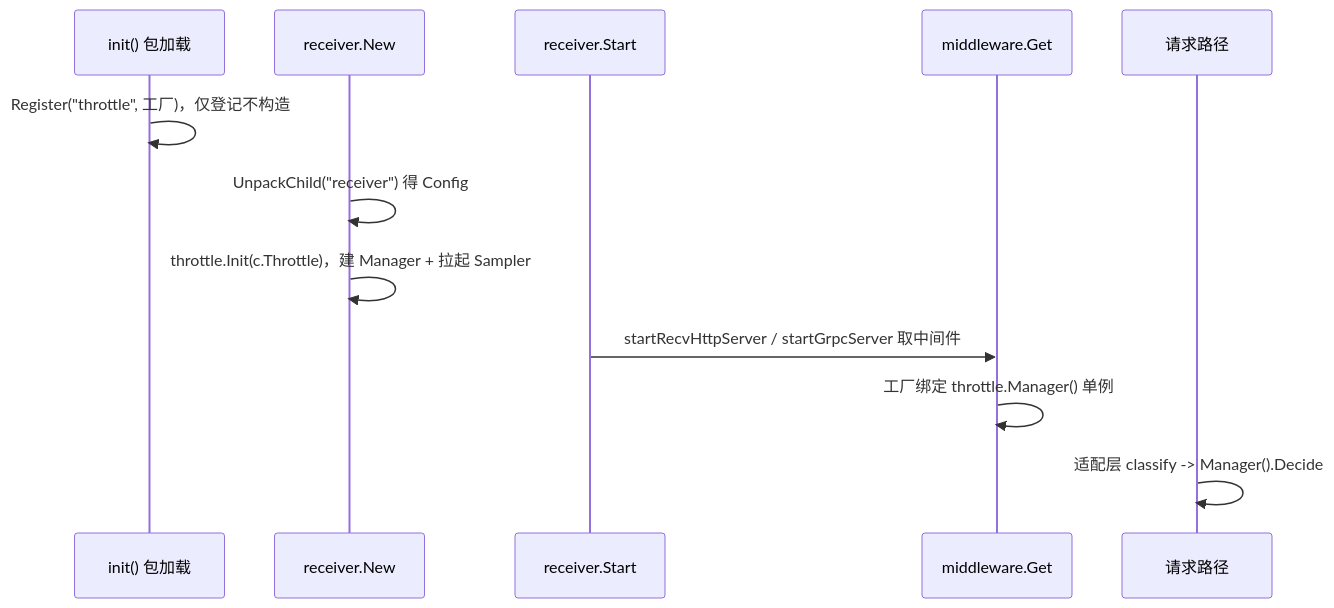
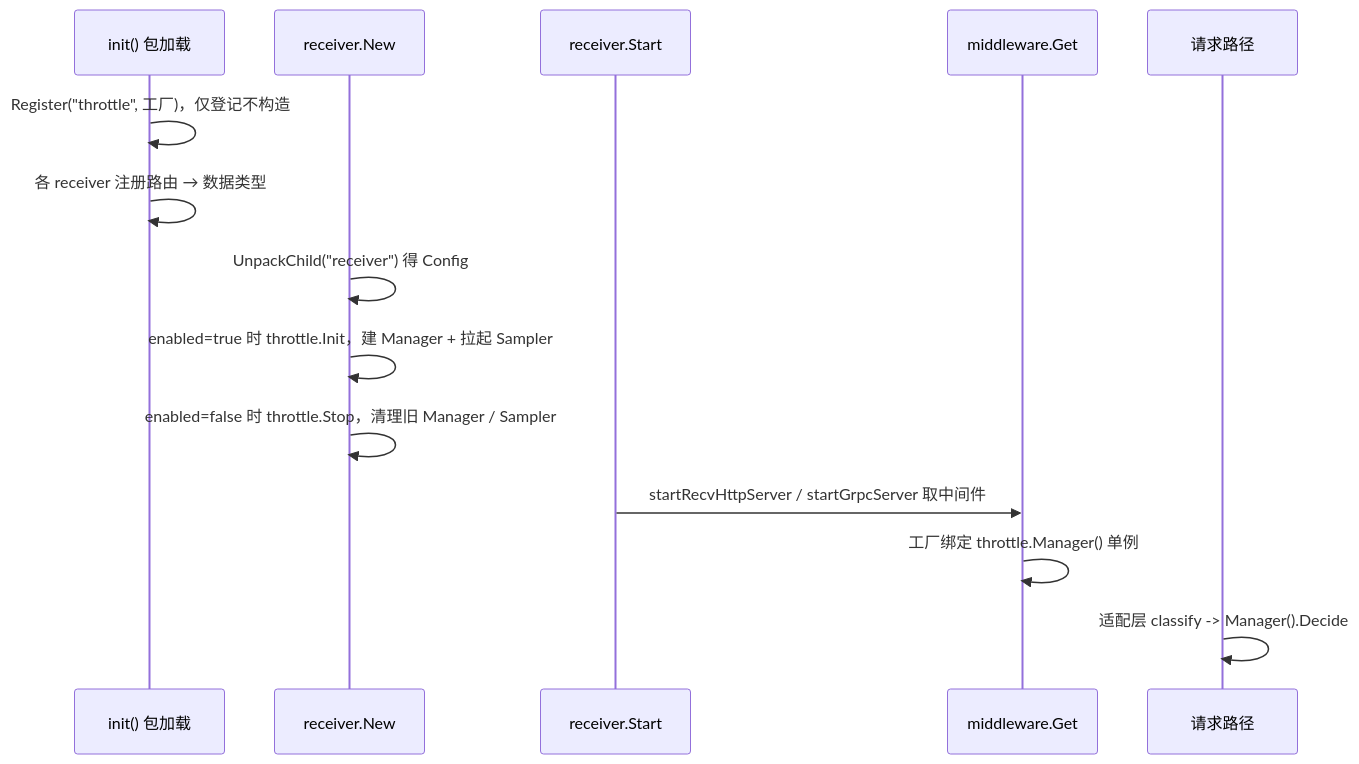
Before and after one commit to ZhuoZhuoCrayon/ai-workspace: the third of 3 diagrams in knowledge/bkmonitor-datalink/issues/2026-06-10-collector-adaptive-throttling/PLAN.md, drawn with Mermaid. The commit also changed other lines of this file, not shown here.

First line of the commit message:
docs(knowledge): align collector throttling plan with receiver-side endpoint registration

````diff
--- a/knowledge/bkmonitor-datalink/issues/2026-06-10-collector-adaptive-throttling/PLAN.md
+++ b/knowledge/bkmonitor-datalink/issues/2026-06-10-collector-adaptive-throttling/PLAN.md
@@ -405,14 +407,16 @@
 ```mermaid
 sequenceDiagram
     participant Init as init() 包加载
     participant New as receiver.New
     participant Start as receiver.Start
     participant Mid as middleware.Get
     participant Req as 请求路径
     Init->>Init: Register("throttle", 工厂)，仅登记不构造
+    Init->>Init: 各 receiver 注册路由 → 数据类型
     New->>New: UnpackChild("receiver") 得 Config
-    New->>New: throttle.Init(c.Throttle)，建 Manager + 拉起 Sampler
+    New->>New: enabled=true 时 throttle.Init，建 Manager + 拉起 Sampler
+    New->>New: enabled=false 时 throttle.Stop，清理旧 Manager / Sampler
     Start->>Mid: startRecvHttpServer / startGrpcServer 取中间件
     Mid->>Mid: 工厂绑定 throttle.Manager() 单例
     Req->>Req: 适配层 classify -> Manager().Decide
 ```
````
